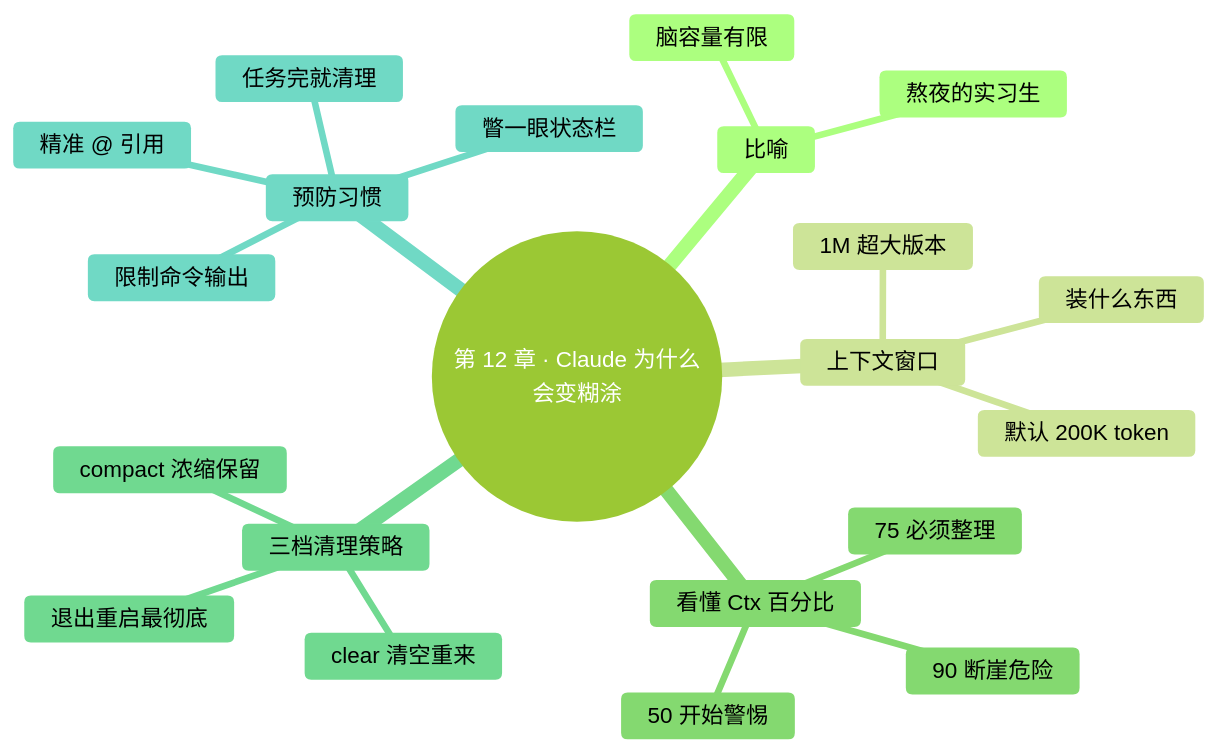
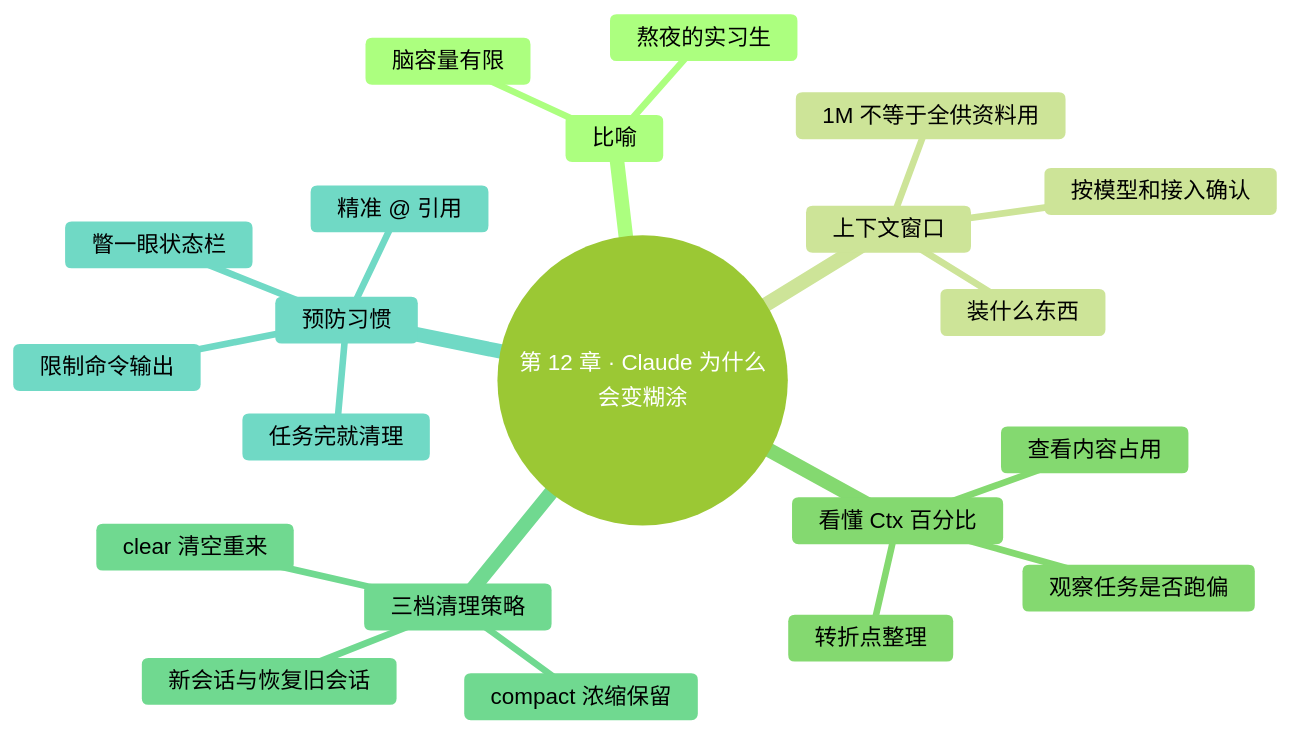
The diagram in manuscript/part3-深度概念/12-Claude为什么会变糊涂.md (mali9527/claude-code-full-guide-for-beginners), drawn with Mermaid before and after one commit. The commit also changed other lines of this file and 130 other files, not shown here.

````diff
--- a/manuscript/part3-深度概念/12-Claude为什么会变糊涂.md
+++ b/manuscript/part3-深度概念/12-Claude为什么会变糊涂.md
@@ -20,32 +22,32 @@
 ```mermaid
 ---
 config:
   theme: forest
   themeVariables:
     fontFamily: "-apple-system, 'SF Pro Text', 'PingFang SC', 'Helvetica Neue', sans-serif"
     fontSize: "17px"
     lineColor: "#D9D9D9"
 ---
 mindmap
   root((第 12 章 · Claude 为什么会变糊涂))
     比喻
       熬夜的实习生
       脑容量有限
     上下文窗口
       装什么东西
-      默认 200K token
-      1M 超大版本
+      按模型和接入确认
+      1M 不等于全供资料用
     看懂 Ctx 百分比
-      50 开始警惕
-      75 必须整理
-      90 断崖危险
+      查看内容占用
+      观察任务是否跑偏
+      转折点整理
     三档清理策略
       compact 浓缩保留
       clear 清空重来
-      退出重启最彻底
+      新会话与恢复旧会话
     预防习惯
       精准 @ 引用
       限制命令输出
       任务完就清理
       瞥一眼状态栏
 ```
````
